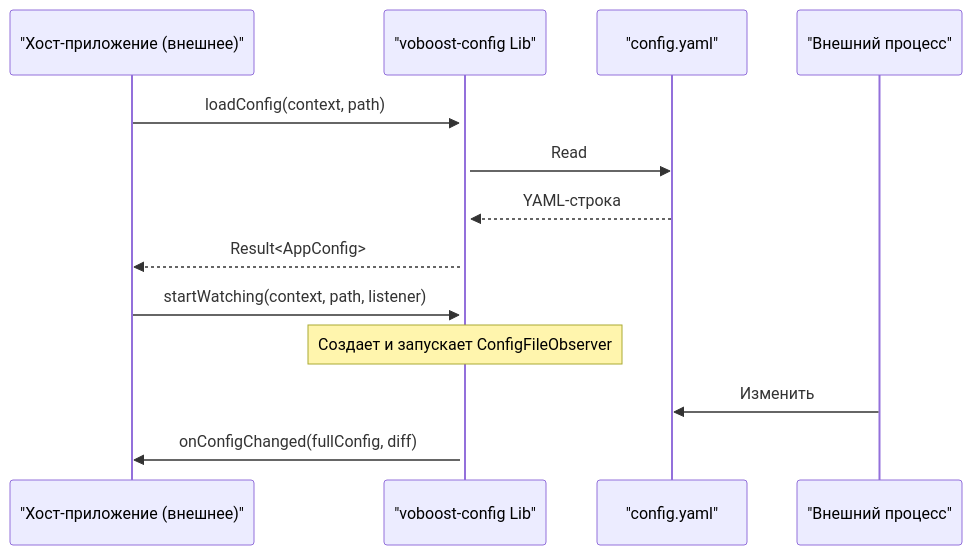
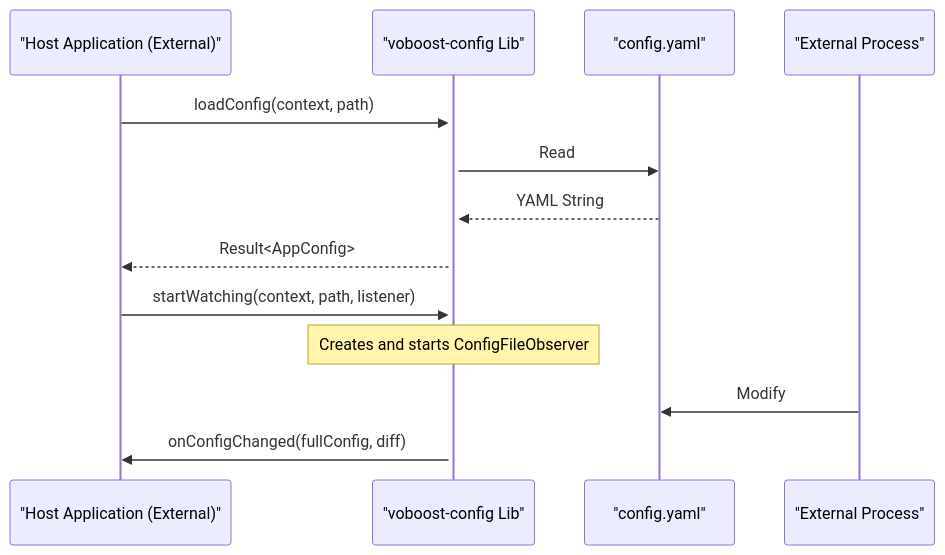
Before and after one commit to voboost/voboost-config: the diagram in memory-bank/systemPatterns.md, drawn with Mermaid. The commit also changed other lines of this file and 7 other files, not shown here.

Commit message:
PLAN.md and ORCHESTRATION_PLAN.md done in Architect mode using Roo Code / Gemini 2.5 Pro

````diff
--- a/memory-bank/systemPatterns.md
+++ b/memory-bank/systemPatterns.md
@@ -36,20 +36,20 @@
 ```mermaid
 sequenceDiagram
-    participant HostApp as "Хост-приложение (внешнее)"
+    participant HostApp as "Host Application (External)"
     participant Lib as "voboost-config Lib"
     participant File as "config.yaml"
 
     HostApp->>+Lib: loadConfig(context, path)
     Lib->>File: Read
-    File-->>Lib: YAML-строка
+    File-->>Lib: YAML String
     Lib-->>HostApp: Result<AppConfig>
 
     HostApp->>+Lib: startWatching(context, path, listener)
-    Note over Lib: Создает и запускает ConfigFileObserver
+    Note over Lib: Creates and starts ConfigFileObserver
 
-    %% Изменение файла
-    participant External as "Внешний процесс"
-    External->>File: Изменить
+    %% File Change
+    participant External as "External Process"
+    External->>File: Modify
 
     Lib->>HostApp: onConfigChanged(fullConfig, diff)
 ```
````
